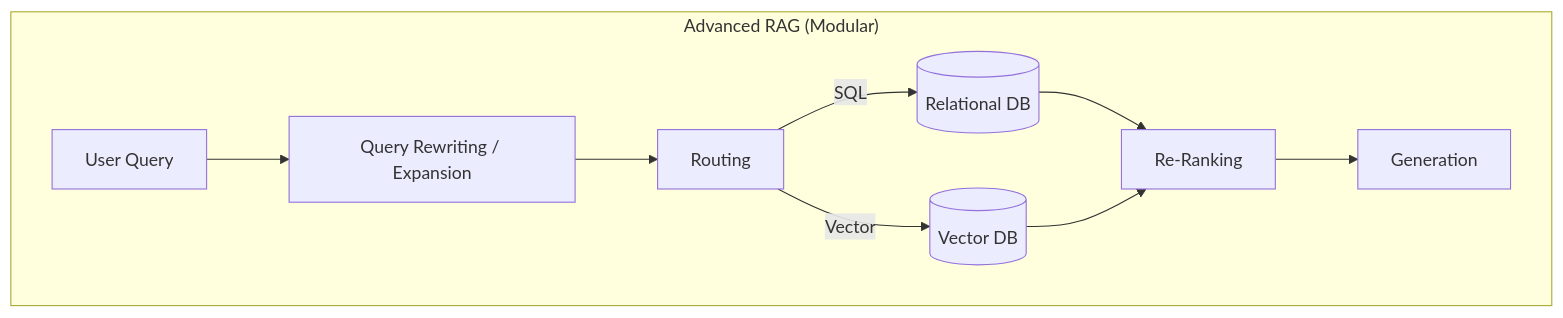
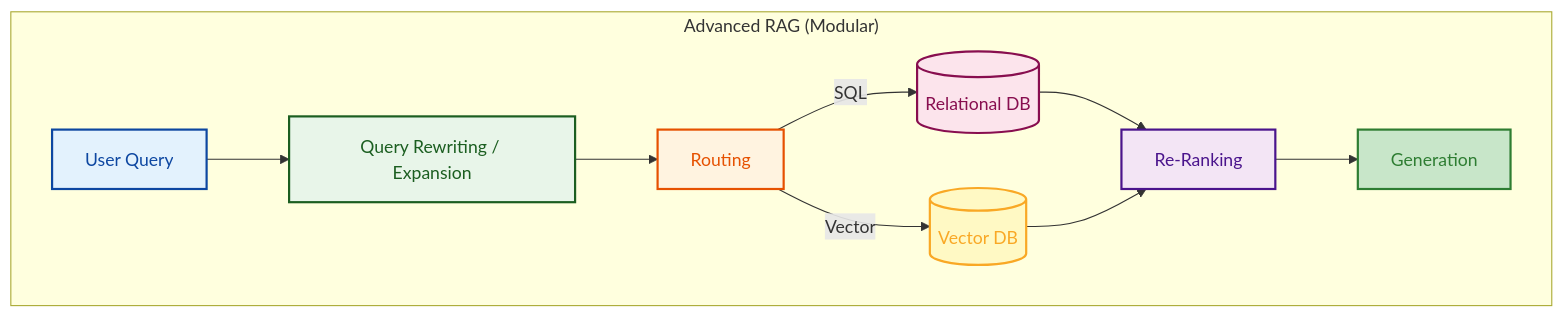
Before and after one commit to GyanendraChaubey/AI-Engineering-Notes: the third of 3 diagrams in docs/02-rag/README.md, drawn with Mermaid. The commit also changed other lines of this file and 15 other files, not shown here.

Commit message:
style: apply light color palette to remaining Mermaid diagrams (docs 15 & 16)

````diff
--- a/docs/02-rag/README.md
+++ b/docs/02-rag/README.md
@@ -167,12 +182,19 @@
 ```mermaid
 flowchart TD
     subgraph AdvancedRAG ["Advanced RAG (Modular)"]
         A[User Query] --> B[Query Rewriting / Expansion]
         B --> C[Routing]
         C -->|SQL| D[(Relational DB)]
         C -->|Vector| E[(Vector DB)]
         D --> F[Re-Ranking]
         E --> F
         F --> G[Generation]
     end
+    style A fill:#e3f2fd,stroke:#0d47a1,stroke-width:2px,color:#0d47a1
+    style B fill:#e8f5e9,stroke:#1b5e20,stroke-width:2px,color:#1b5e20
+    style C fill:#fff3e0,stroke:#e65100,stroke-width:2px,color:#e65100
+    style D fill:#fce4ec,stroke:#880e4f,stroke-width:2px,color:#880e4f
+    style E fill:#fff9c4,stroke:#f9a825,stroke-width:2px,color:#f9a825
+    style F fill:#f3e5f5,stroke:#4a148c,stroke-width:2px,color:#4a148c
+    style G fill:#c8e6c9,stroke:#2e7d32,stroke-width:2px,color:#2e7d32
 ```
````
